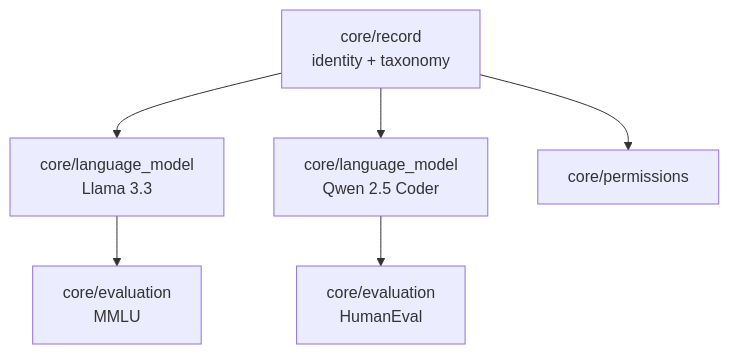
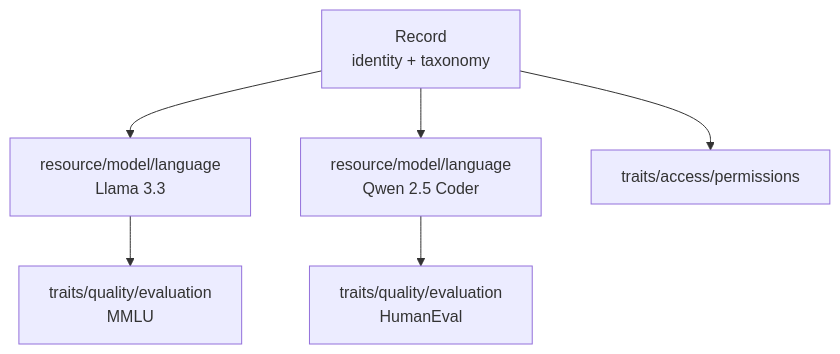
One commit to agntcy/oasf changed the diagram in DATA_MODELS.md. Above: the diagram before and after it, drawn with Mermaid. The commit also changed other lines of this file and 17 other files, not shown here.

Commit message:
feat: patch examples and proto-schema

````diff
--- a/DATA_MODELS.md
+++ b/DATA_MODELS.md
@@ -57,8 +70,8 @@
 ```mermaid
 graph TD
-  R[core/record<br/>identity + taxonomy] --> M1[core/language_model<br/>Llama 3.3]
-  R --> M2[core/language_model<br/>Qwen 2.5 Coder]
-  R --> P[core/permissions]
-  M1 --> E1[core/evaluation<br/>MMLU]
-  M2 --> E2[core/evaluation<br/>HumanEval]
+  R[Record<br/>identity + taxonomy] --> M1[resource/model/language<br/>Llama 3.3]
+  R --> M2[resource/model/language<br/>Qwen 2.5 Coder]
+  R --> P[traits/access/permissions]
+  M1 --> E1[traits/quality/evaluation<br/>MMLU]
+  M2 --> E2[traits/quality/evaluation<br/>HumanEval]
 ```
````
